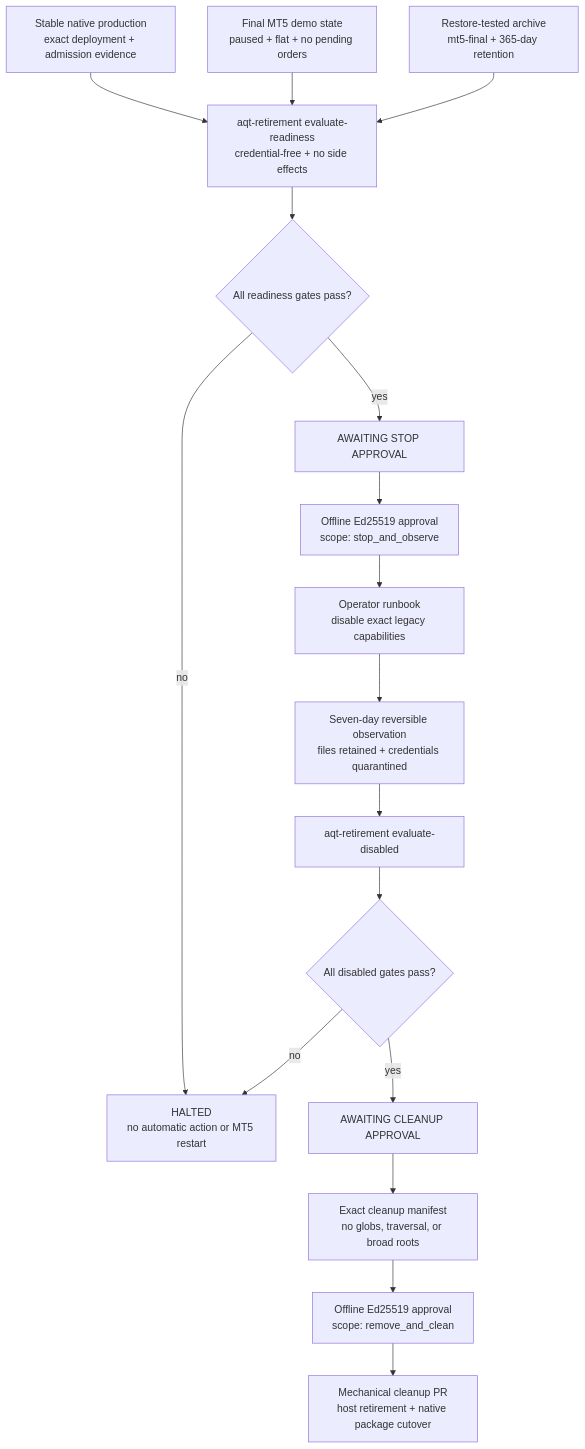
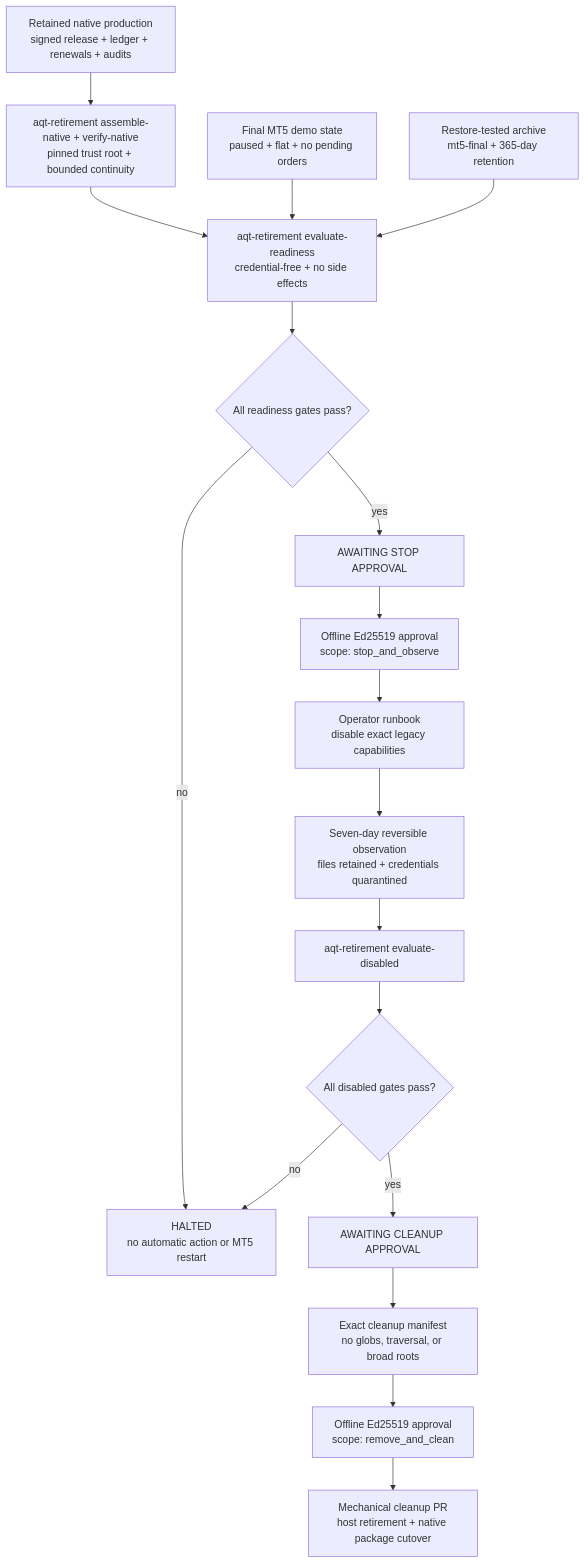
Before and after one commit to AegisFintech/AIQuantTrader: the diagram in docs/architecture/diagrams/phase-10-legacy-retirement.mmd, drawn with Mermaid. The commit also changed 25 other files, not shown here.

Commit message:
feat(native): assemble phase 10 production evidence

```diff
--- a/docs/architecture/diagrams/phase-10-legacy-retirement.mmd
+++ b/docs/architecture/diagrams/phase-10-legacy-retirement.mmd
@@ -1,34 +1,36 @@
 flowchart TD
-    native["Stable native production<br/>exact deployment + admission evidence"]
+    nativeRaw["Retained native production<br/>signed release + ledger + renewals + audits"]
+    native["aqt-retirement assemble-native + verify-native<br/>pinned trust root + bounded continuity"]
     legacy["Final MT5 demo state<br/>paused + flat + no pending orders"]
     archive["Restore-tested archive<br/>mt5-final + 365-day retention"]
     readiness["aqt-retirement evaluate-readiness<br/>credential-free + no side effects"]
     stopReview{"All readiness gates pass?"}
     stopWait["AWAITING STOP APPROVAL"]
     stopSign["Offline Ed25519 approval<br/>scope: stop_and_observe"]
     disable["Operator runbook<br/>disable exact legacy capabilities"]
     observe["Seven-day reversible observation<br/>files retained + credentials quarantined"]
     disabled["aqt-retirement evaluate-disabled"]
     cleanReview{"All disabled gates pass?"}
     cleanWait["AWAITING CLEANUP APPROVAL"]
     manifest["Exact cleanup manifest<br/>no globs, traversal, or broad roots"]
     cleanSign["Offline Ed25519 approval<br/>scope: remove_and_clean"]
     cleanup["Mechanical cleanup PR<br/>host retirement + native package cutover"]
     halted["HALTED<br/>no automatic action or MT5 restart"]
 
+    nativeRaw --> native
     native --> readiness
     legacy --> readiness
     archive --> readiness
     readiness --> stopReview
     stopReview -- no --> halted
     stopReview -- yes --> stopWait
     stopWait --> stopSign
     stopSign --> disable
     disable --> observe
     observe --> disabled
     disabled --> cleanReview
     cleanReview -- no --> halted
     cleanReview -- yes --> cleanWait
     cleanWait --> manifest
     manifest --> cleanSign
     cleanSign --> cleanup
```
